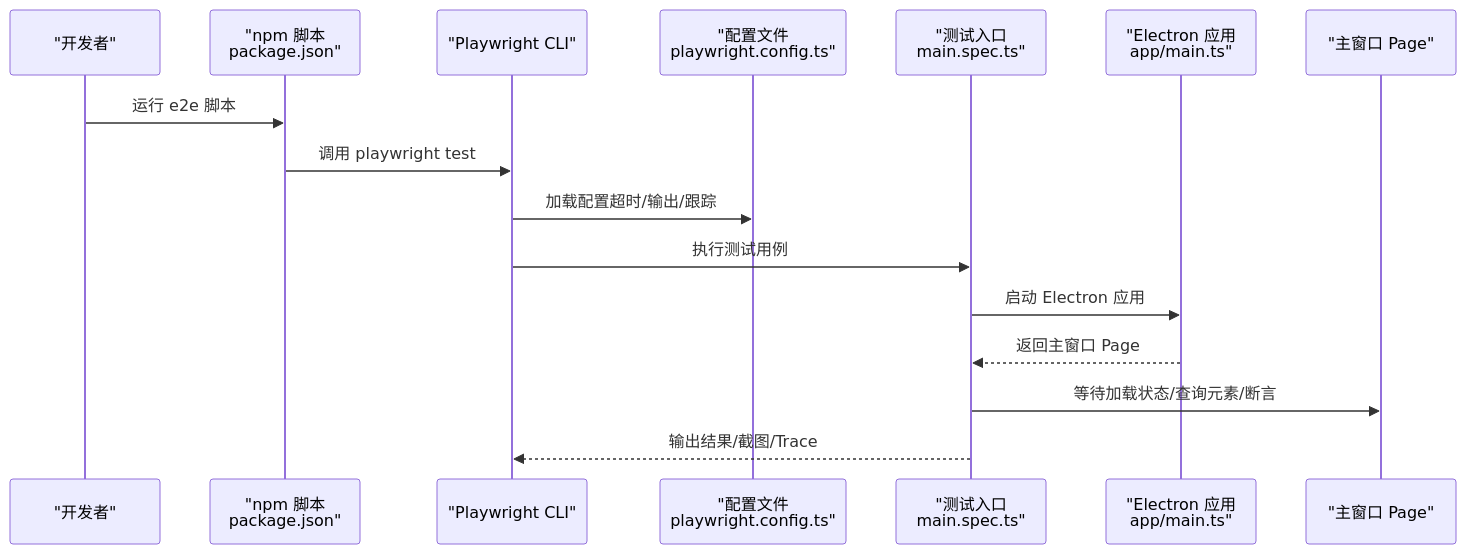
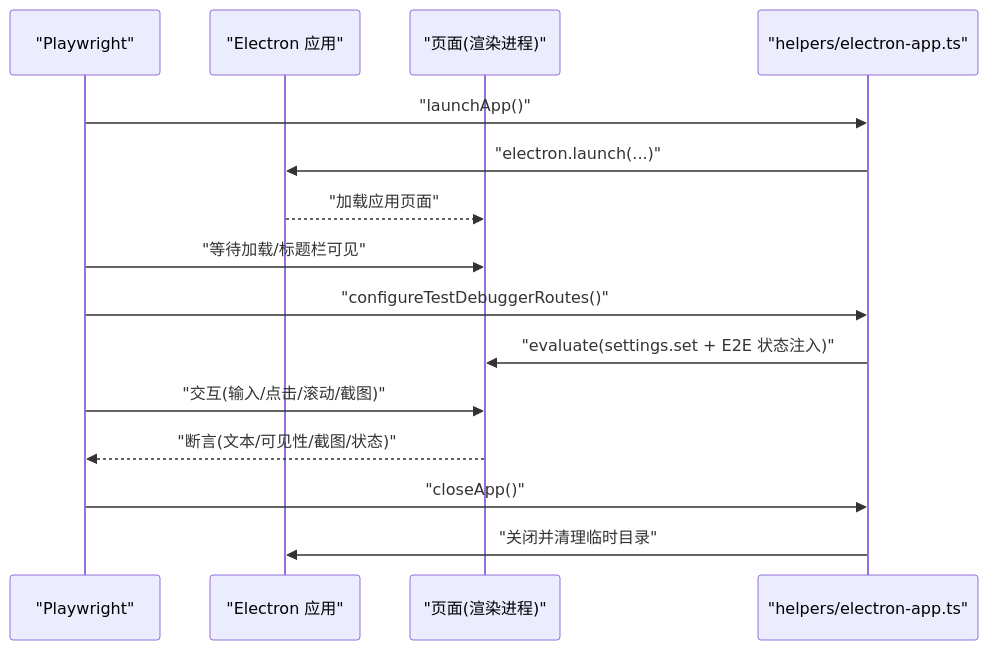
The second of 6 diagrams in .qoder/repowiki/zh/content/测试策略/端到端测试.md (haolange/RDC-Agent), drawn with Mermaid before and after one commit. The commit also changed other lines of this file and 84 other files, not shown here.

````diff
--- a/.qoder/repowiki/zh/content/测试策略/端到端测试.md
+++ b/.qoder/repowiki/zh/content/测试策略/端到端测试.md
@@ -107,18 +85,17 @@
 ```mermaid
 sequenceDiagram
-participant Dev as "开发者"
-participant NPM as "npm 脚本<br/>package.json"
-participant PW as "Playwright CLI"
-participant CFG as "配置文件<br/>playwright.config.ts"
-participant E2E as "测试入口<br/>main.spec.ts"
-participant APP as "Electron 应用<br/>app/main.ts"
-participant WIN as "主窗口 Page"
-Dev->>NPM : 运行 e2e 脚本
-NPM->>PW : 调用 playwright test
-PW->>CFG : 加载配置超时/输出/跟踪
-PW->>E2E : 执行测试用例
-E2E->>APP : 启动 Electron 应用
-APP-->>E2E : 返回主窗口 Page
-E2E->>WIN : 等待加载状态/查询元素/断言
-E2E-->>PW : 输出结果/截图/Trace
+participant PW as "Playwright"
+participant APP as "Electron 应用"
+participant PAGE as "页面(渲染进程)"
+participant HELP as "helpers/electron-app.ts"
+PW->>HELP : "launchApp()"
+HELP->>APP : "electron.launch(...)"
+APP-->>PAGE : "加载应用页面"
+PW->>PAGE : "等待加载/标题栏可见"
+PW->>HELP : "configureTestDebuggerRoutes()"
+HELP->>PAGE : "evaluate(settings.set + E2E 状态注入)"
+PW->>PAGE : "交互(输入/点击/滚动/截图)"
+PAGE-->>PW : "断言(文本/可见性/截图/状态)"
+PW->>HELP : "closeApp()"
+HELP->>APP : "关闭并清理临时目录"
 ```
````
